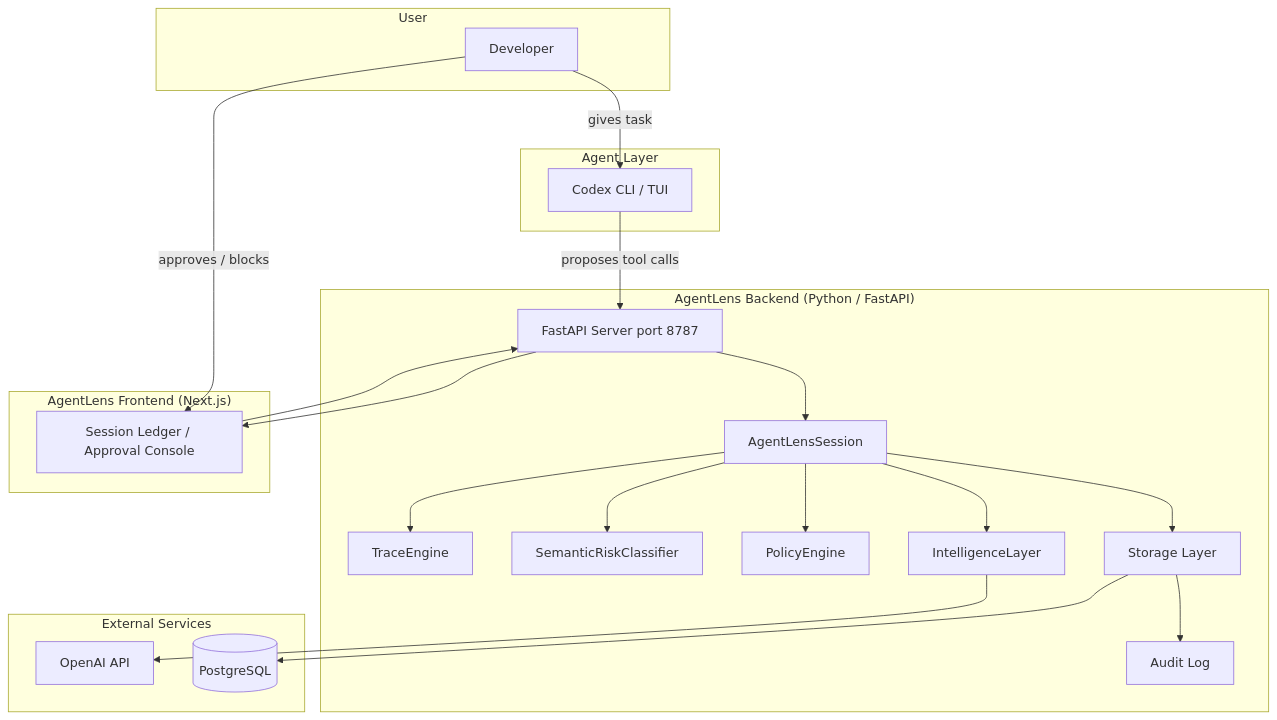
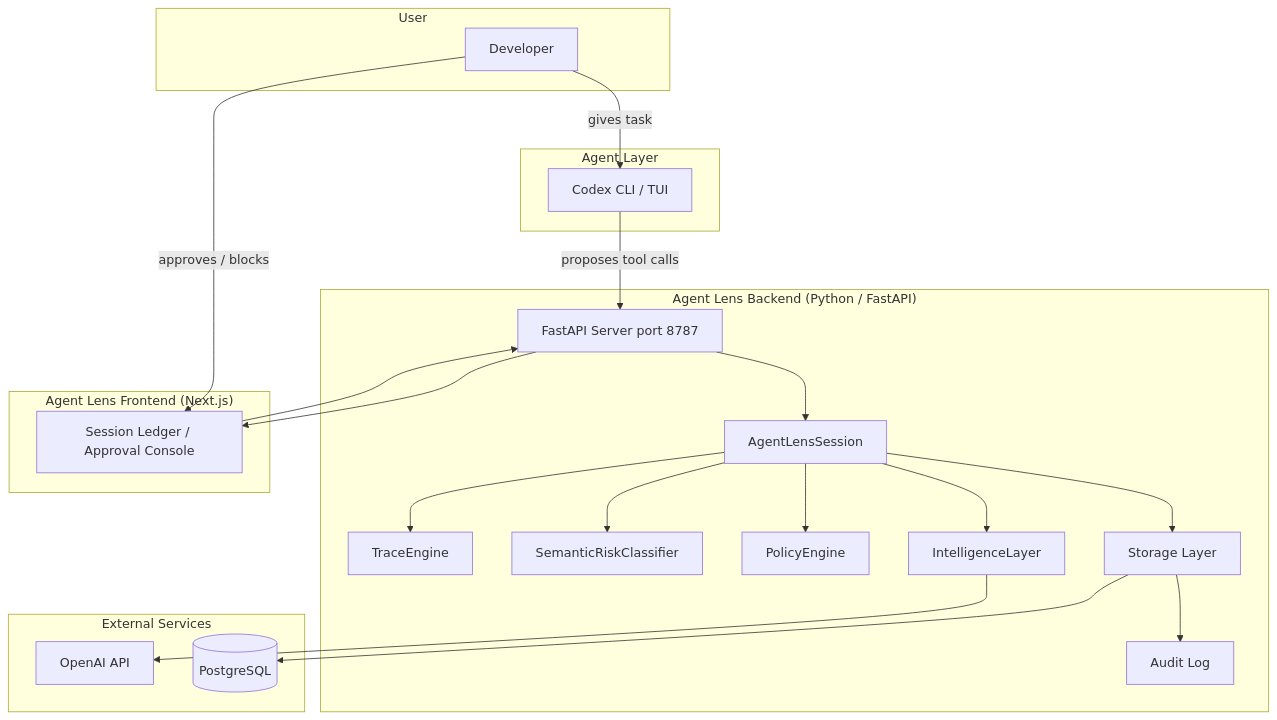
One commit to Aaryan126/Agent_Lens changed the first of 13 diagrams in Architecture.md. Above: the diagram before and after it, drawn with Mermaid. The commit also changed other lines of this file and 10 other files, not shown here.

````diff
--- a/Architecture.md
+++ b/Architecture.md
@@ -13,45 +13,45 @@
 ```mermaid
 graph TB
     subgraph "User"
         DEV[Developer]
     end
 
     subgraph "Agent Layer"
         CODEX[Codex CLI / TUI]
     end
 
-    subgraph "AgentLens Backend (Python / FastAPI)"
+    subgraph "Agent Lens Backend (Python / FastAPI)"
         API[FastAPI Server port 8787]
         SESSION[AgentLensSession]
         TRACE[TraceEngine]
         RISK[SemanticRiskClassifier]
         POLICY[PolicyEngine]
         INTEL[IntelligenceLayer]
         STORE[Storage Layer]
         AUDIT[Audit Log]
     end
 
-    subgraph "AgentLens Frontend (Next.js)"
+    subgraph "Agent Lens Frontend (Next.js)"
         UI[Session Ledger / Approval Console]
     end
 
     subgraph "External Services"
         OPENAI[OpenAI API]
         PG[(PostgreSQL)]
     end
 
     DEV -->|gives task| CODEX
     CODEX -->|proposes tool calls| API
     API --> SESSION
     SESSION --> TRACE
     SESSION --> RISK
     SESSION --> POLICY
     SESSION --> INTEL
     INTEL --> OPENAI
     SESSION --> STORE
     STORE --> AUDIT
     STORE --> PG
     API --> UI
     DEV -->|approves / blocks| UI
     UI --> API
 ```
````
